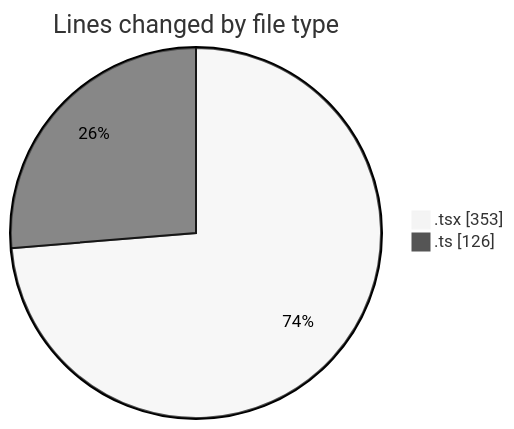
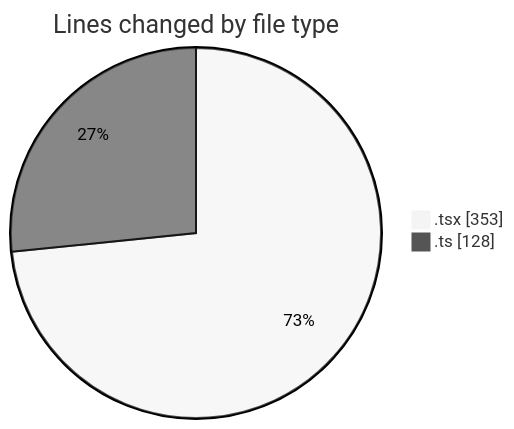
One commit to nxtqubesakshisongat/code-tracking changed the first of 2 diagrams in 2026-04-20/airfeed-analytics-dashboard/README.md. Above: the diagram before and after it, drawn with Mermaid (neutral theme). The commit also changed other lines of this file and 1 other file, not shown here.

````diff
--- a/2026-04-20/airfeed-analytics-dashboard/README.md
+++ b/2026-04-20/airfeed-analytics-dashboard/README.md
@@ -22,6 +22,6 @@
 ```mermaid
 pie showData
 title Lines changed by file type
 ".tsx" : 353
-".ts" : 126
+".ts" : 128
 ```
````
